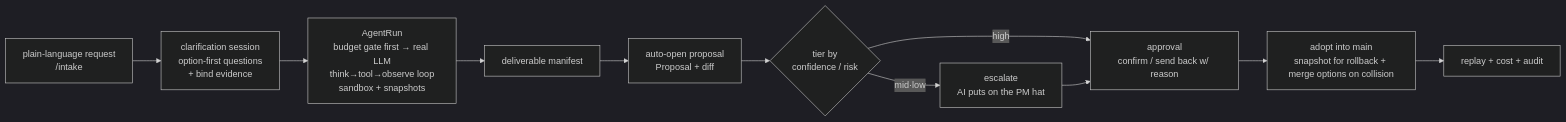
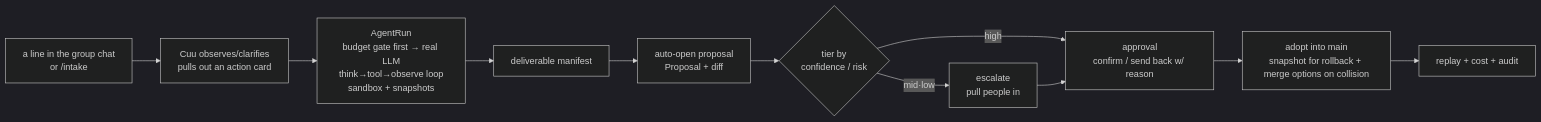
Before and after one commit to mycyg/WorkHub: the diagram in README.en.md, drawn with Mermaid (dark theme). The commit also changed other lines of this file and 1 other file, not shown here.

````diff
--- a/README.en.md
+++ b/README.en.md
@@ -59,13 +108,13 @@
 ```mermaid
 flowchart LR
-  A["plain-language request<br/>/intake"] --> B["clarification session<br/>option-first questions<br/>+ bind evidence"]
+  A["a line in the group chat<br/>or /intake"] --> B["Cuu observes/clarifies<br/>pulls out an action card"]
   B --> C["AgentRun<br/>budget gate first → real LLM<br/>think→tool→observe loop<br/>sandbox + snapshots"]
   C --> D["deliverable manifest"]
   D --> E["auto-open proposal<br/>Proposal + diff"]
   E --> F{"tier by<br/>confidence / risk"}
   F -->|high| G["approval<br/>confirm / send back w/ reason"]
-  F -->|mid·low| H["escalate<br/>AI puts on the PM hat"]
+  F -->|mid·low| H["escalate<br/>pull people in"]
   H --> G
   G --> I["adopt into main<br/>snapshot for rollback + merge options on collision"]
   I --> J["replay + cost + audit"]
 ```
````
